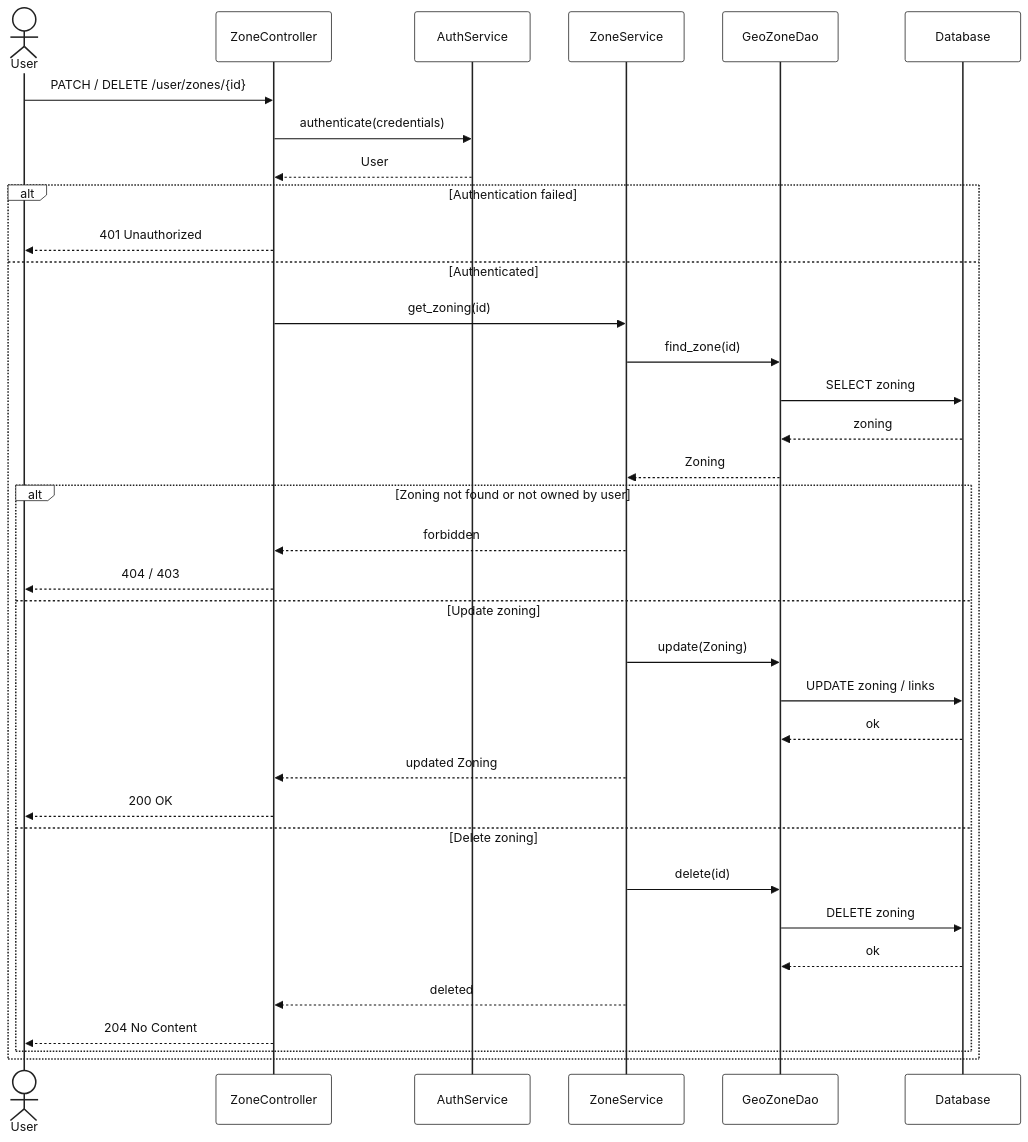
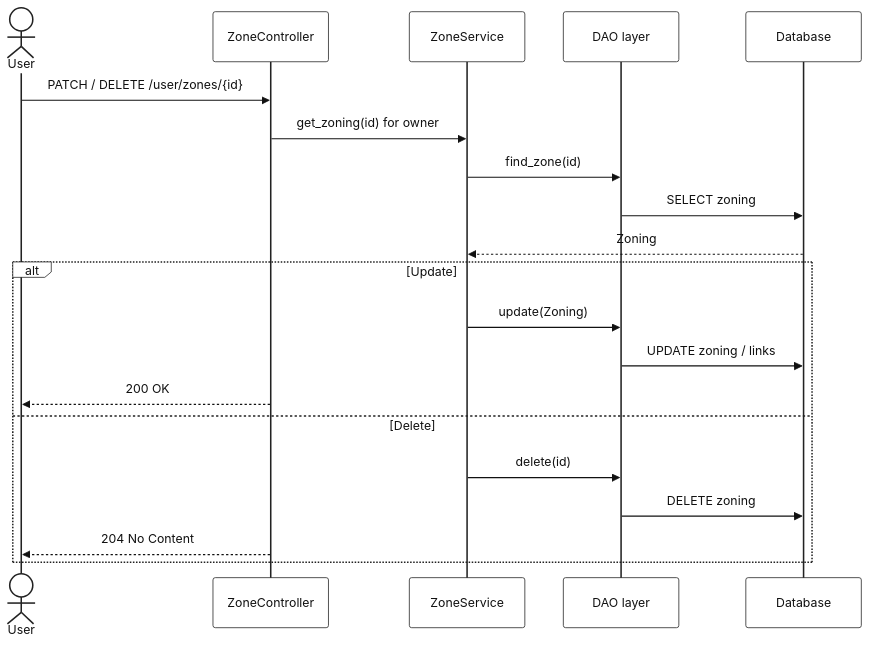
One commit to gabriel-dahan/ensai-it-project-2a-team12 changed the seventh of 8 diagrams in doc/sequence_diagram.md. Above: the diagram before and after it, drawn with Mermaid. The commit also changed other lines of this file and 18 other files, not shown here.

Commit message:
Simplified sequence diagrams

````diff
--- a/doc/sequence_diagram.md
+++ b/doc/sequence_diagram.md
@@ -492,74 +399,58 @@
 ```mermaid
 %%{
   init: {
     "theme": "base",
     "themeVariables": {
       "background": "#ffffff",
       "mainBkg": "#ffffff",
       "textColor": "#111111",
       "primaryColor": "#ffffff",
       "primaryTextColor": "#111111",
       "primaryBorderColor": "#222222",
       "secondaryColor": "#f3f4f6",
       "tertiaryColor": "#ffffff",
       "lineColor": "#222222",
       "actorBkg": "#ffffff",
       "actorBorder": "#222222",
       "actorTextColor": "#111111",
       "actorLineColor": "#222222",
       "signalColor": "#111111",
       "signalTextColor": "#111111",
       "labelBoxBkgColor": "#ffffff",
       "labelBoxBorderColor": "#222222",
       "labelTextColor": "#111111",
       "loopTextColor": "#111111",
       "noteBkgColor": "#fff3cd",
       "noteTextColor": "#111111",
       "noteBorderColor": "#222222",
       "activationBkgColor": "#e5e7eb",
       "activationBorderColor": "#222222",
       "sequenceNumberColor": "#ffffff",
       "fontFamily": "arial",
       "fontSize": "16px"
     }
   }
 }%%
 sequenceDiagram
     actor User
     participant Controller as ZoneController
-    participant AuthSvc as AuthService
-    participant ZoneSvc as ZoneService
-    participant ZoneDao as GeoZoneDao
+    participant Service as ZoneService
+    participant DAO as DAO layer
     participant DB as Database
 
     User->>Controller: PATCH / DELETE /user/zones/{id}
-    Controller->>AuthSvc: authenticate(credentials)
-    AuthSvc-->>Controller: User
+    Controller->>Service: get_zoning(id) for owner
+    Service->>DAO: find_zone(id)
+    DAO->>DB: SELECT zoning
+    DB-->>Service: Zoning
 
-    alt Authentication failed
-        Controller-->>User: 401 Unauthorized
-    else Authenticated
-        Controller->>ZoneSvc: get_zoning(id)
-        ZoneSvc->>ZoneDao: find_zone(id)
-        ZoneDao->>DB: SELECT zoning
-        DB-->>ZoneDao: zoning
-        ZoneDao-->>ZoneSvc: Zoning
-
-        alt Zoning not found or not owned by user
-            ZoneSvc-->>Controller: forbidden
-            Controller-->>User: 404 / 403
-        else Update zoning
-            ZoneSvc->>ZoneDao: update(Zoning)
-            ZoneDao->>DB: UPDATE zoning / links
-            DB-->>ZoneDao: ok
-            ZoneSvc-->>Controller: updated Zoning
-            Controller-->>User: 200 OK
-        else Delete zoning
-            ZoneSvc->>ZoneDao: delete(id)
-            ZoneDao->>DB: DELETE zoning
-            DB-->>ZoneDao: ok
-            ZoneSvc-->>Controller: deleted
-            Controller-->>User: 204 No Content
-        end
+    alt Update
+        Service->>DAO: update(Zoning)
+        DAO->>DB: UPDATE zoning / links
+        Controller-->>User: 200 OK
+    else Delete
+        Service->>DAO: delete(id)
+        DAO->>DB: DELETE zoning
+        Controller-->>User: 204 No Content
     end
 ```
````
